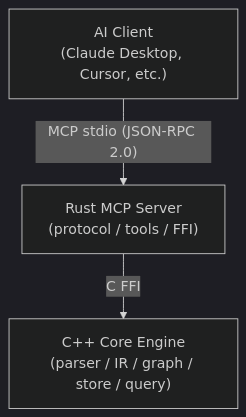
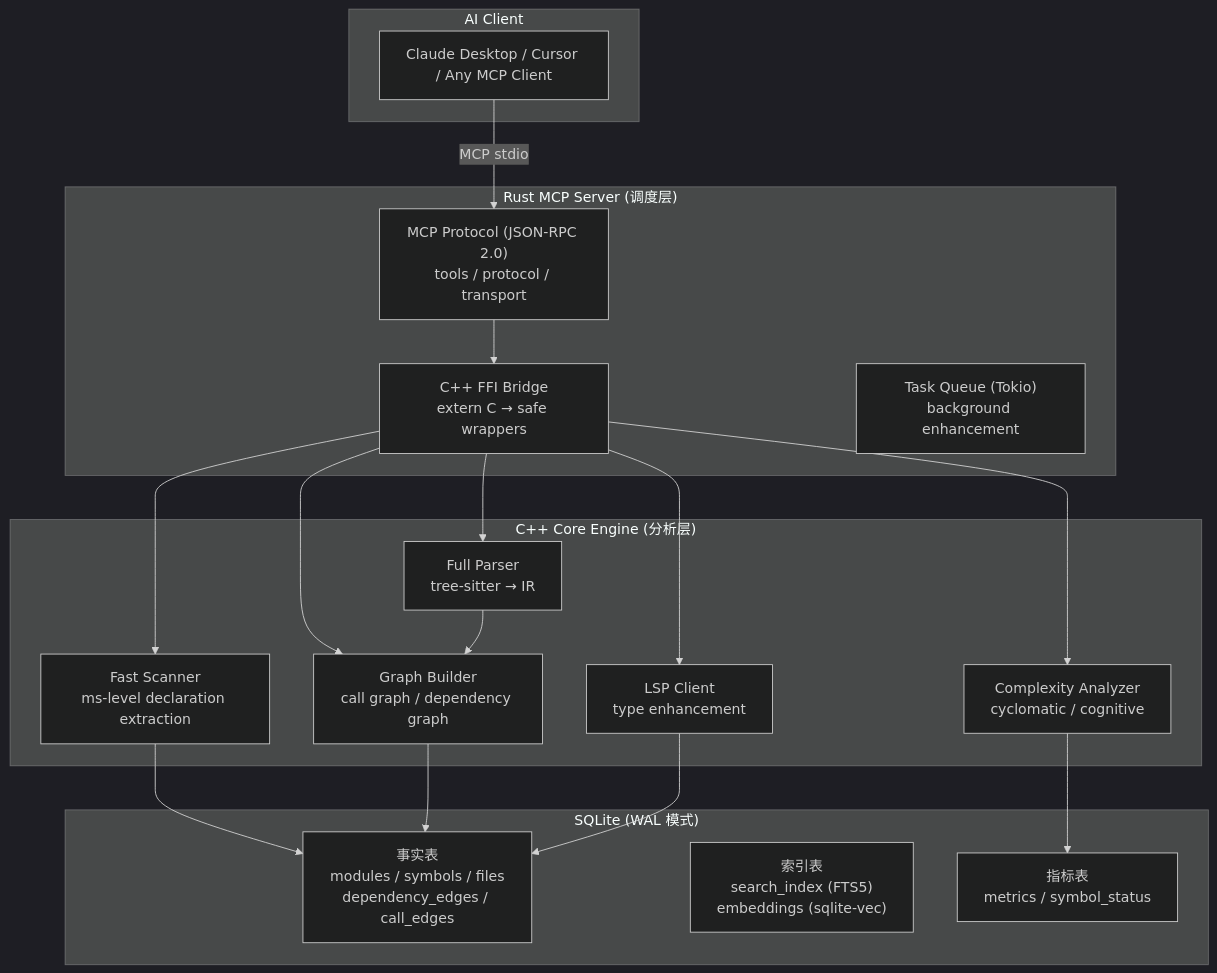
One commit to Timwood0x10/CodeScope changed the first of 2 diagrams in README.md. Above: the diagram before and after it, drawn with Mermaid (dark theme). The commit also changed other lines of this file and 42 other files, not shown here.

````diff
--- a/README.md
+++ b/README.md
@@ -7,9 +7,40 @@
 ```mermaid
 graph TB
-    Client["AI Client<br/>(Claude Desktop, Cursor, etc.)"]
-    Server["Rust MCP Server<br/>(protocol / tools / FFI)"]
-    Engine["C++ Core Engine<br/>(parser / IR / graph / store / query)"]
+    subgraph "AI Client"
+        Client["Claude Desktop / Cursor / Any MCP Client"]
+    end
 
-    Client -->|"MCP stdio (JSON-RPC 2.0)"| Server
-    Server -->|"C FFI"| Engine
+    subgraph "Rust MCP Server (调度层)"
+        MCP["MCP Protocol (JSON-RPC 2.0)<br/>tools / protocol / transport"]
+        FFI["C++ FFI Bridge<br/>extern C → safe wrappers"]
+        TQ["Task Queue (Tokio)<br/>background enhancement"]
+    end
+
+    subgraph "C++ Core Engine (分析层)"
+        SCANNER["Fast Scanner<br/>ms-level declaration extraction"]
+        PARSER["Full Parser<br/>tree-sitter → IR"]
+        GRAPH["Graph Builder<br/>call graph / dependency graph"]
+        COMPLEXITY["Complexity Analyzer<br/>cyclomatic / cognitive"]
+        LSP["LSP Client<br/>type enhancement"]
+    end
+
+    subgraph "SQLite (WAL 模式)"
+        FACTS["事实表<br/>modules / symbols / files<br/>dependency_edges / call_edges"]
+        INDICES["索引表<br/>search_index (FTS5)<br/>embeddings (sqlite-vec)"]
+        METRICS["指标表<br/>metrics / symbol_status"]
+    end
+
+    Client -->|"MCP stdio"| MCP
+    MCP --> FFI
+    FFI --> SCANNER
+    FFI --> PARSER
+    FFI --> GRAPH
+    FFI --> COMPLEXITY
+    FFI --> LSP
+
+    SCANNER --> FACTS
+    PARSER --> GRAPH
+    GRAPH --> FACTS
+    COMPLEXITY --> METRICS
+    LSP --> FACTS
 ```
````
